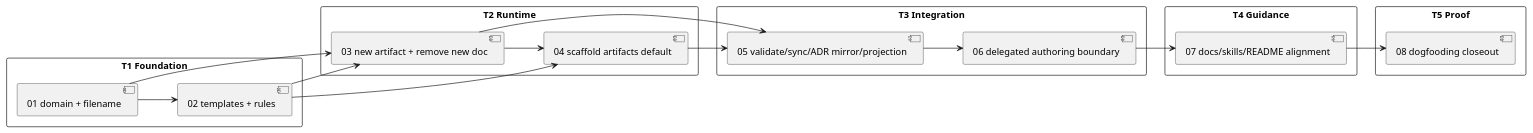
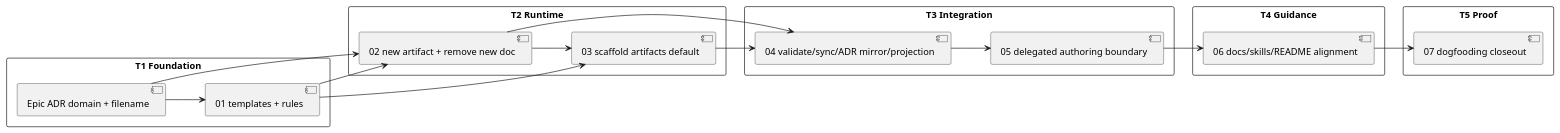
Before and after one commit to chemitaro/spec-dock: the diagram in spec-dock/initiatives/init-local-00003-architecture-maintenance-and-hardening/epics/epic-00259-artifacts-directory-future-only-adoption/plan.md, drawn with PlantUML. The commit also changed other lines of this file and 31 other files, not shown here.

````diff
--- a/spec-dock/initiatives/init-local-00003-architecture-maintenance-and-hardening/epics/epic-00259-artifacts-directory-future-only-adoption/plan.md
+++ b/spec-dock/initiatives/init-local-00003-architecture-maintenance-and-hardening/epics/epic-00259-artifacts-directory-future-only-adoption/plan.md
@@ -186,36 +171,36 @@
 ```plantuml
 @startuml
 skinparam monochrome true
 left to right direction
 
 rectangle "T1 Foundation" {
-  [01 domain + filename]
-  [02 templates + rules]
+  [Epic ADR domain + filename]
+  [01 templates + rules]
 }
 rectangle "T2 Runtime" {
-  [03 new artifact + remove new doc]
-  [04 scaffold artifacts default]
+  [02 new artifact + remove new doc]
+  [03 scaffold artifacts default]
 }
 rectangle "T3 Integration" {
-  [05 validate/sync/ADR mirror/projection]
-  [06 delegated authoring boundary]
+  [04 validate/sync/ADR mirror/projection]
+  [05 delegated authoring boundary]
 }
 rectangle "T4 Guidance" {
-  [07 docs/skills/README alignment]
+  [06 docs/skills/README alignment]
 }
 rectangle "T5 Proof" {
-  [08 dogfooding closeout]
+  [07 dogfooding closeout]
 }
 
-[01 domain + filename] --> [02 templates + rules]
-[01 domain + filename] --> [03 new artifact + remove new doc]
-[02 templates + rules] --> [03 new artifact + remove new doc]
-[02 templates + rules] --> [04 scaffold artifacts default]
-[03 new artifact + remove new doc] --> [04 scaffold artifacts default]
-[03 new artifact + remove new doc] --> [05 validate/sync/ADR mirror/projection]
-[04 scaffold artifacts default] --> [05 validate/sync/ADR mirror/projection]
-[05 validate/sync/ADR mirror/projection] --> [06 delegated authoring boundary]
-[06 delegated authoring boundary] --> [07 docs/skills/README alignment]
-[07 docs/skills/README alignment] --> [08 dogfooding closeout]
+[Epic ADR domain + filename] --> [01 templates + rules]
+[Epic ADR domain + filename] --> [02 new artifact + remove new doc]
+[01 templates + rules] --> [02 new artifact + remove new doc]
+[01 templates + rules] --> [03 scaffold artifacts default]
+[02 new artifact + remove new doc] --> [03 scaffold artifacts default]
+[02 new artifact + remove new doc] --> [04 validate/sync/ADR mirror/projection]
+[03 scaffold artifacts default] --> [04 validate/sync/ADR mirror/projection]
+[04 validate/sync/ADR mirror/projection] --> [05 delegated authoring boundary]
+[05 delegated authoring boundary] --> [06 docs/skills/README alignment]
+[06 docs/skills/README alignment] --> [07 dogfooding closeout]
 @enduml
 ```
````
